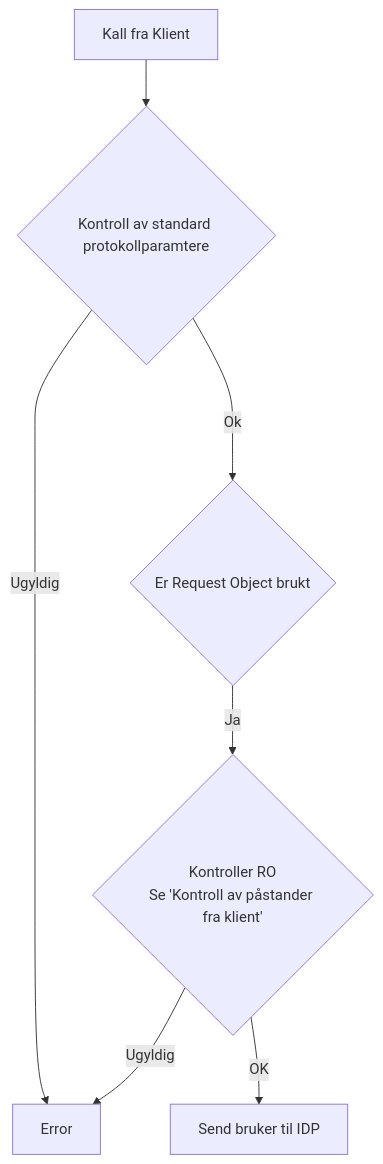
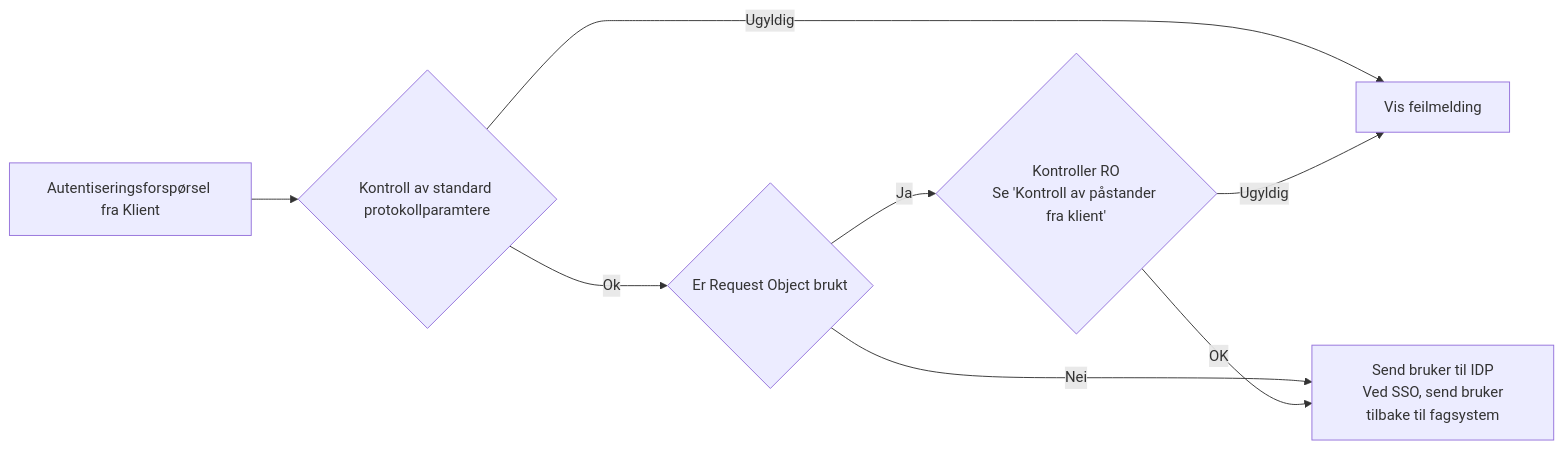
One commit to NorskHelsenett/Tillitsrammeverk changed the second of 3 diagrams in specs/bruk_av_oidc.md. Above: the diagram before and after it, drawn with Mermaid. The commit also changed other lines of this file, not shown here.

Commit message:
Kontroller av svar fra ekstern IDP

````diff
--- a/specs/bruk_av_oidc.md
+++ b/specs/bruk_av_oidc.md
@@ -112,11 +112,13 @@
 ```mermaid
-flowchart TD
-  S[Kall fra Klient] --> Param
+flowchart LR
+  Error[Vis feilmelding]
   Param{Kontroll av standard protokollparamtere}
+  S[Autentiseringsforspørsel fra Klient] --> Param
   Param-- Ugyldig --> Error 
   Param-- Ok --->RO{Er Request Object brukt}
   RO-- Ja -->V_RO{Kontroller RO\nSe 'Kontroll av påstander fra klient'} 
-  V_RO-- OK --> IDP[Send bruker til IDP]
+  RO-- Nei -->IDP
+  V_RO-- OK --> IDP[Send bruker til IDP\n Ved SSO, send bruker tilbake til fagsystem]
   V_RO-- Ugyldig --> Error
 
 ```
````
